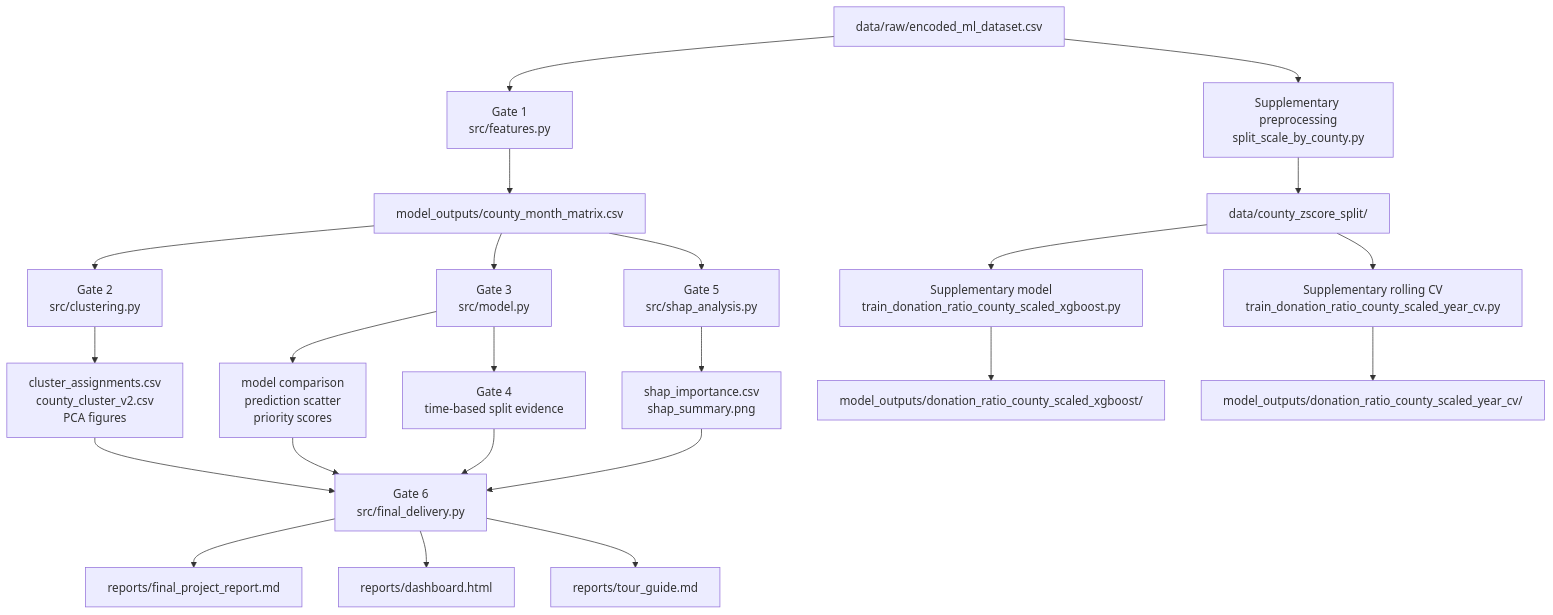
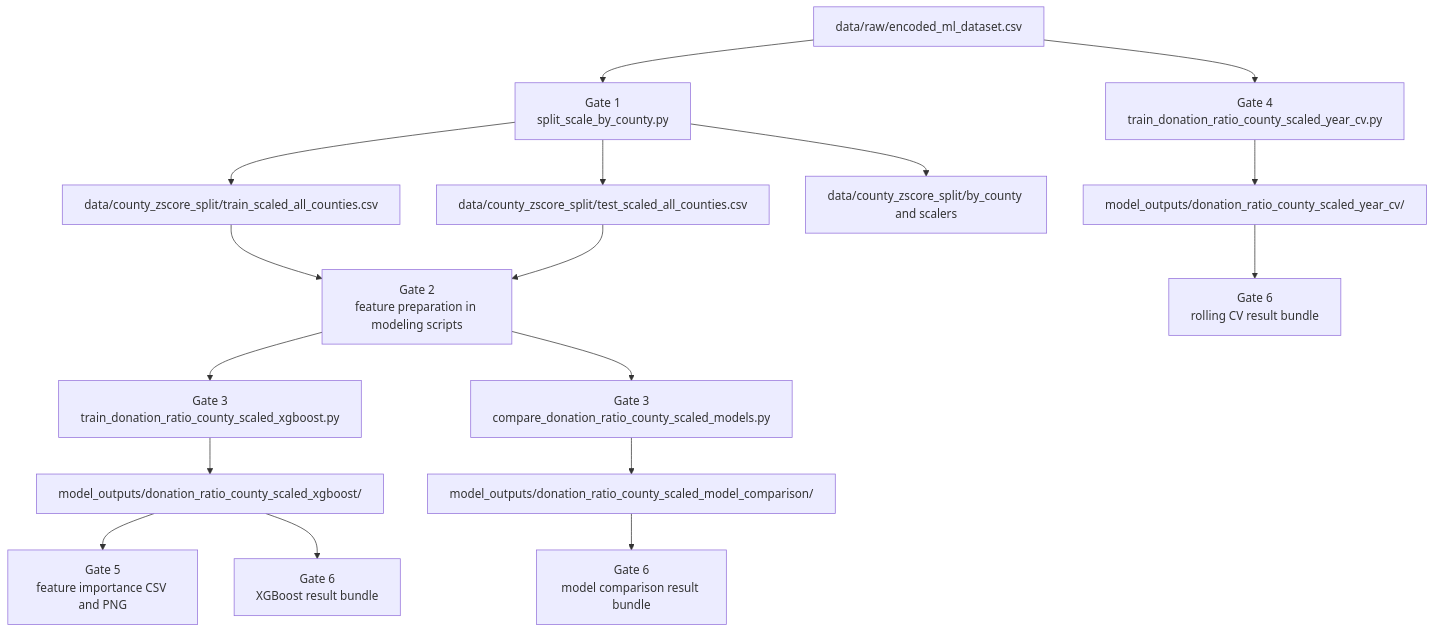
The diagram in agent_doc/gates/pipeline_architecture.md (tonywang07009/PY_Big_Data_Project), drawn with Mermaid before and after one commit. The commit also changed 8 other files, not shown here.

````diff
--- a/agent_doc/gates/pipeline_architecture.md
+++ b/agent_doc/gates/pipeline_architecture.md
@@ -5,27 +5,23 @@
 ```mermaid
 flowchart TD
-    A[data/raw/encoded_ml_dataset.csv] --> B[Gate 1<br/>src/features.py]
-    B --> C[model_outputs/county_month_matrix.csv]
-    C --> D[Gate 2<br/>src/clustering.py]
-    C --> E[Gate 3<br/>src/model.py]
-    C --> F[Gate 5<br/>src/shap_analysis.py]
-    D --> G[cluster_assignments.csv<br/>county_cluster_v2.csv<br/>PCA figures]
-    E --> H[model comparison<br/>prediction scatter<br/>priority scores]
-    F --> I[shap_importance.csv<br/>shap_summary.png]
-    G --> J[Gate 6<br/>src/final_delivery.py]
-    H --> J
-    I --> J
-    E --> K[Gate 4<br/>time-based split evidence]
-    K --> J
+    A[data/raw/encoded_ml_dataset.csv] --> B[Gate 1<br/>split_scale_by_county.py]
+    B --> C[data/county_zscore_split/train_scaled_all_counties.csv]
+    B --> D[data/county_zscore_split/test_scaled_all_counties.csv]
+    B --> E[data/county_zscore_split/by_county and scalers]
 
-    A --> L[Supplementary preprocessing<br/>split_scale_by_county.py]
-    L --> M[data/county_zscore_split/]
-    M --> N[Supplementary model<br/>train_donation_ratio_county_scaled_xgboost.py]
-    M --> O[Supplementary rolling CV<br/>train_donation_ratio_county_scaled_year_cv.py]
-    N --> P[model_outputs/donation_ratio_county_scaled_xgboost/]
-    O --> Q[model_outputs/donation_ratio_county_scaled_year_cv/]
+    C --> F[Gate 2<br/>feature preparation in modeling scripts]
+    D --> F
 
-    J --> R[reports/final_project_report.md]
-    J --> S[reports/dashboard.html]
-    J --> T[reports/tour_guide.md]
+    F --> G[Gate 3<br/>train_donation_ratio_county_scaled_xgboost.py]
+    F --> H[Gate 3<br/>compare_donation_ratio_county_scaled_models.py]
+    A --> I[Gate 4<br/>train_donation_ratio_county_scaled_year_cv.py]
+
+    G --> J[model_outputs/donation_ratio_county_scaled_xgboost/]
+    H --> K[model_outputs/donation_ratio_county_scaled_model_comparison/]
+    I --> L[model_outputs/donation_ratio_county_scaled_year_cv/]
+
+    J --> M[Gate 5<br/>feature importance CSV and PNG]
+    J --> N[Gate 6<br/>XGBoost result bundle]
+    K --> O[Gate 6<br/>model comparison result bundle]
+    L --> P[Gate 6<br/>rolling CV result bundle]
 ```
````
